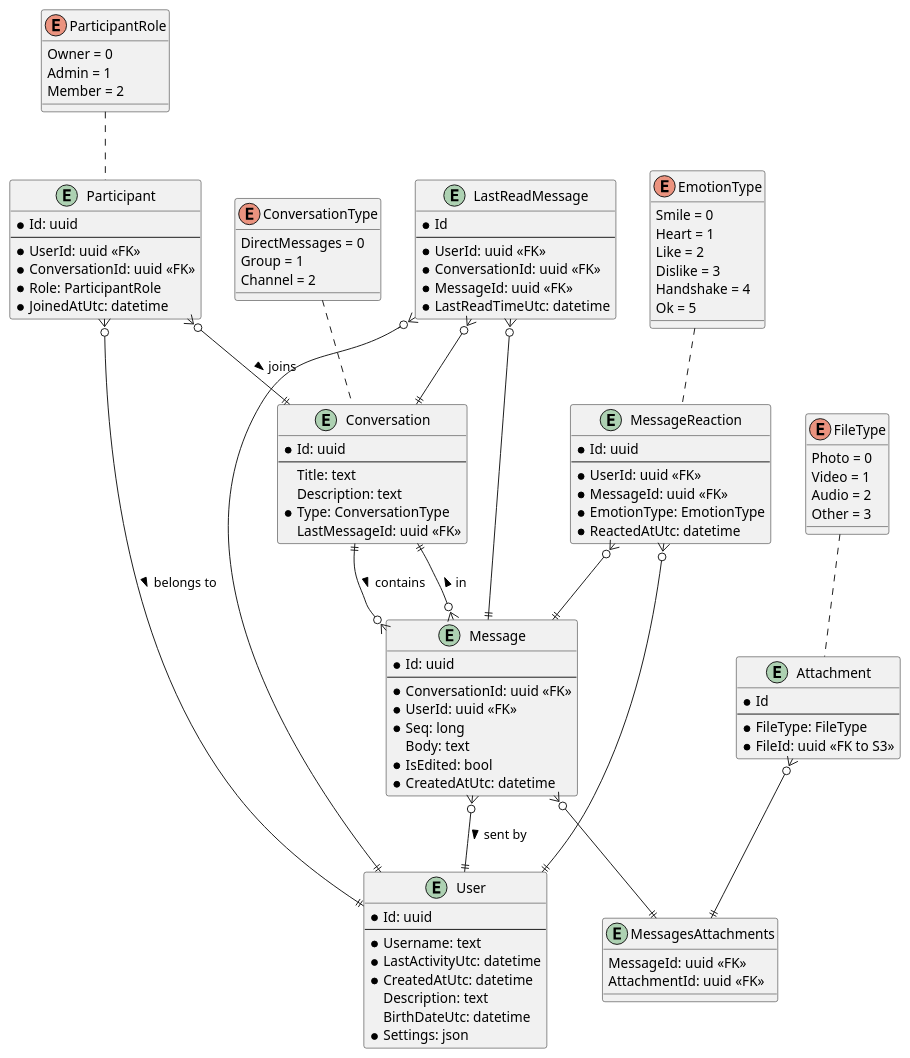
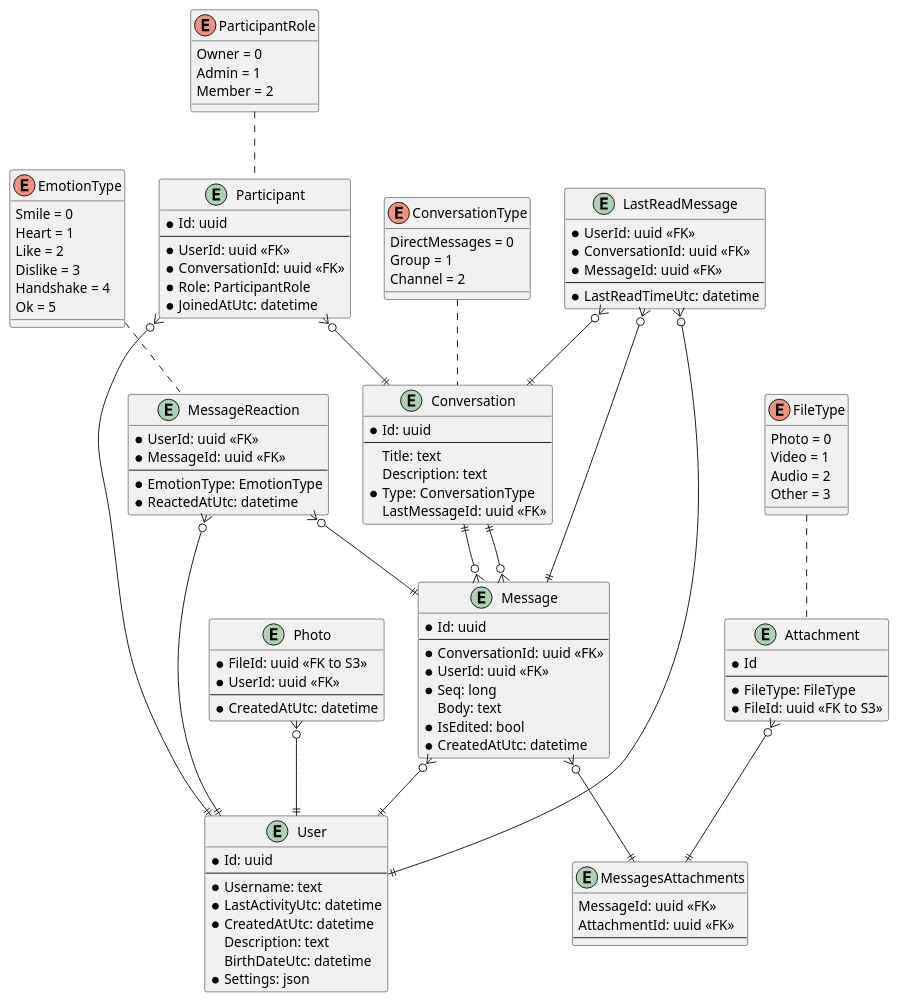
Before and after one commit to dkovban/pet-chat: the diagram in Docs/PetChat.DatabaseDesign/DbDesign.puml, drawn with PlantUML. The commit also changed 2 other files, not shown here.

Commit message:
#3 - photo entity added to db layer design

```diff
--- a/Docs/PetChat.DatabaseDesign/DbDesign.puml
+++ b/Docs/PetChat.DatabaseDesign/DbDesign.puml
@@ -1,125 +1,134 @@
 @startuml USD
 
 enum ConversationType {
     DirectMessages = 0
     Group = 1
     Channel = 2
 }
 
 enum ParticipantRole {
     Owner = 0
     Admin = 1
     Member = 2
 }
 
 enum EmotionType {
     Smile = 0
     Heart = 1
     Like = 2
     Dislike = 3
     Handshake = 4
     Ok = 5
 }
 
 enum FileType {
     Photo = 0
     Video = 1
     Audio = 2
     Other = 3
 }
 
 entity User {
     * Id: uuid                                  /' Id пользователя '/
     --
     * Username: text                            /' Никнейм пользователя '/
     * LastActivityUtc: datetime                 /' Время последней активности пользователя '/
     * CreatedAtUtc: datetime                    /' Время регистрации аккаунта '/
     Description: text                           /' Описание пользователя '/
     BirthDateUtc: datetime                      /' Дата рождения пользователя '/
     * Settings: json                            /' Личные настройки пользователя '/
 }
 
 entity Conversation {
     * Id: uuid                                  /' Id разговора '/
     --
     Title: text                                 /' Наименование разговора '/
     Description: text                           /' Описание разговора '/
     * Type: ConversationType                    /' Тип разговора '/
     LastMessageId: uuid <<FK>>                  /' Id последнего сообщения в разговоре '/
 }
 
 entity Participant {
     * Id: uuid                                  /' Id участника разговора '/
     --
     * UserId: uuid <<FK>>                       /' Id пользователя '/
     * ConversationId: uuid <<FK>>               /' Id разговора '/
     * Role: ParticipantRole                     /' Роль участника разговора '/
     * JoinedAtUtc: datetime                     /' Время вступления в разговор '/
 }
 
 entity Message {
     * Id: uuid                                  /' Id сообщения '/
     --
     * ConversationId: uuid <<FK>>               /' Id разговора '/
     * UserId: uuid <<FK>>                       /' Id пользователя '/
     * Seq: long                                 /' Порядковый номер сообщения в разговоре '/
     Body: text                                  /' Текст сообщения '/
     * IsEdited: bool                            /' Флаг присутствия изменений в сообщении '/
     * CreatedAtUtc: datetime                    /' Время создания сообщения '/
 }
 
 entity MessagesAttachments
 {
     MessageId: uuid <<FK>>                      /' Id сообщения '/
     AttachmentId: uuid <<FK>>                   /' Id вложения '/
+    --
 }
 
 entity LastReadMessage {
-    * Id                                        /' Id записи '/
-    --
     * UserId: uuid <<FK>>                       /' Id пользователя '/
     * ConversationId: uuid <<FK>>               /' Id разговора '/
     * MessageId: uuid <<FK>>                    /' Id сообщения '/
+    --
     * LastReadTimeUtc: datetime                 /' Время последнего прочтения '/
 }
 
 entity MessageReaction {
-    * Id: uuid                                  /' Id реакции на сообщение '/
-    --
     * UserId: uuid <<FK>>                       /' Id пользователя '/
     * MessageId: uuid <<FK>>                    /' Id сообщения '/
+    --
     * EmotionType: EmotionType                  /' Тип эмоции '/
     * ReactedAtUtc: datetime                    /' Время реакции '/
 }
 
 entity Attachment {
     * Id                                        /' Id приложения '/
     --
     * FileType: FileType                        /' Тип файла '/
     * FileId: uuid <<FK to S3>>                 /' Id файла в S3 '/
 }
 
+entity Photo
+{
+    * FileId: uuid <<FK to S3>>
+    * UserId: uuid <<FK>>
+    --
+    * CreatedAtUtc: datetime
+}
+
 ConversationType .. Conversation
 ParticipantRole .. Participant
 EmotionType .. MessageReaction
 FileType .. Attachment
 
-Participant }o--|| User : belongs to >
-Participant }o--|| Conversation : joins >
+Participant }o--|| User
+Participant }o--|| Conversation
 
-Message }o--|| User : sent by >
-Message }o--|| Conversation : in >
+Message }o--|| User
+Message }o--|| Conversation
 
-Conversation ||--o{ Message : contains >
+Conversation ||--o{ Message
 
 LastReadMessage }o--|| User
 LastReadMessage }o--|| Conversation
 LastReadMessage }o--|| Message
 
 MessageReaction }o--|| User
 MessageReaction }o--|| Message
 
 Attachment }o--|| MessagesAttachments
 Message }o--|| MessagesAttachments
 
+Photo }o--|| User
+
 @enduml
```
